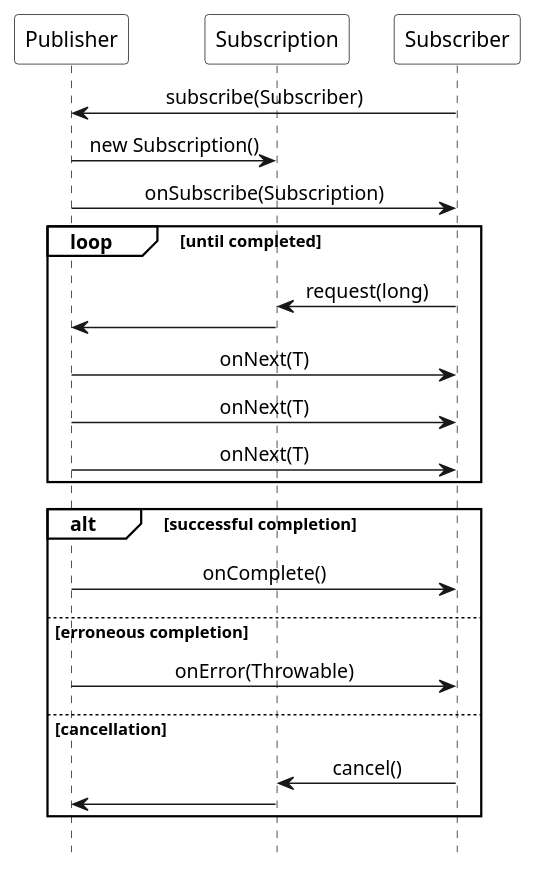
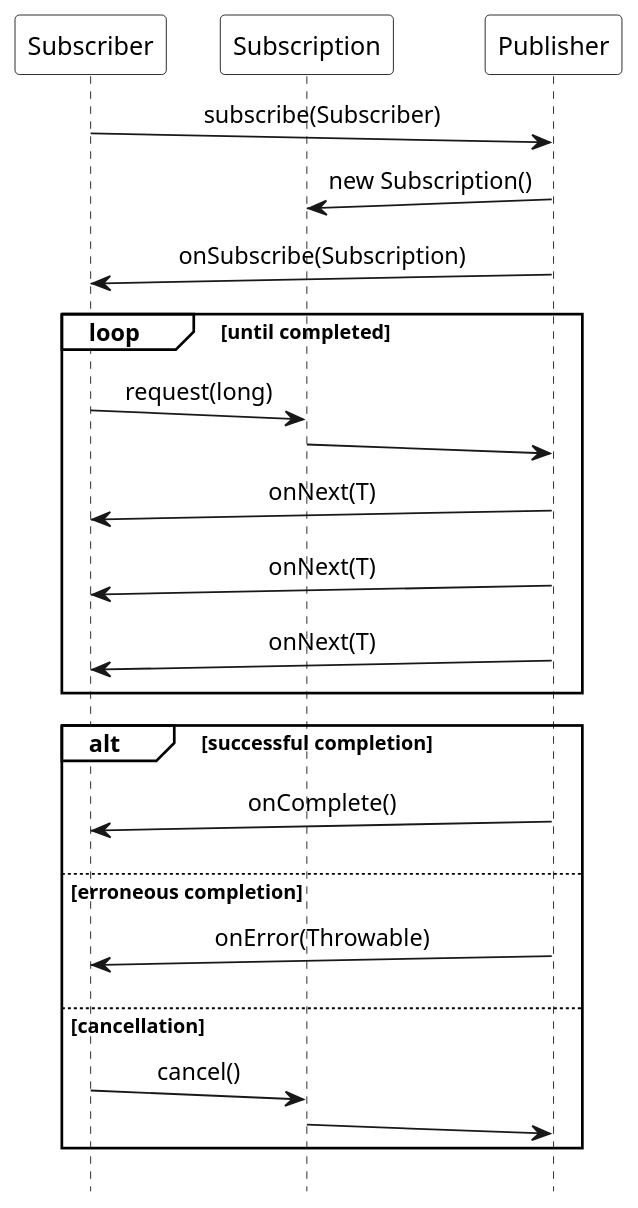
The diagram in images/Reactive_Streams_workflow.puml (ti-cortex-m4/demo-java-reactive-streams-old), drawn with PlantUML before and after one commit. The commit also changed 2 other files, not shown here.

```diff
--- a/images/Reactive_Streams_workflow.puml
+++ b/images/Reactive_Streams_workflow.puml
@@ -1,41 +1,41 @@
 @startuml
 
-scale 1.0
+scale 1.2
 hide footbox
 
 !pragma teoz true
 
-skinparam monochrome true
+'skinparam monochrome true
 skinparam defaultFontName Source Sans Pro
 skinparam sequenceMessageAlign center
 skinparam participantBackgroundColor #white
 skinparam noteBackgroundColor #white
 skinparam sequenceGroupBackgroundColor #white
 skinparam participantPadding 10
 
+participant Subscriber
+participant Subscription
 participant Publisher
-participant Subscription
-participant Subscriber
 
-Subscriber -> Publisher : subscribe(Subscriber)
-Publisher -> Subscription : new Subscription()
-Publisher -> Subscriber : onSubscribe(Subscription)
+Subscriber ->(5) Publisher : subscribe(Subscriber)
+Publisher ->(5) Subscription : new Subscription()
+Publisher ->(5) Subscriber : onSubscribe(Subscription)
 
 loop until completed
-    Subscriber -> Subscription : request(long)
-    Subscription -> Publisher
-    Publisher -> Subscriber : onNext(T)
-    Publisher -> Subscriber : onNext(T)
-    Publisher -> Subscriber : onNext(T)
+    Subscriber ->(5) Subscription : request(long)
+    Subscription ->(5) Publisher
+    Publisher ->(5) Subscriber : onNext(T)
+    Publisher ->(5) Subscriber : onNext(T)
+    Publisher ->(5) Subscriber : onNext(T)
 end
 
 alt successful completion
-    Publisher -> Subscriber : onComplete()
+    Publisher ->(5) Subscriber : onComplete()
 else erroneous completion
-    Publisher -> Subscriber : onError(Throwable)
+    Publisher ->(5) Subscriber : onError(Throwable)
 else cancellation
-    Subscriber -> Subscription : cancel()
-    Subscription -> Publisher
+    Subscriber ->(5) Subscription : cancel()
+    Subscription ->(5) Publisher
 end
 
 @enduml
```
